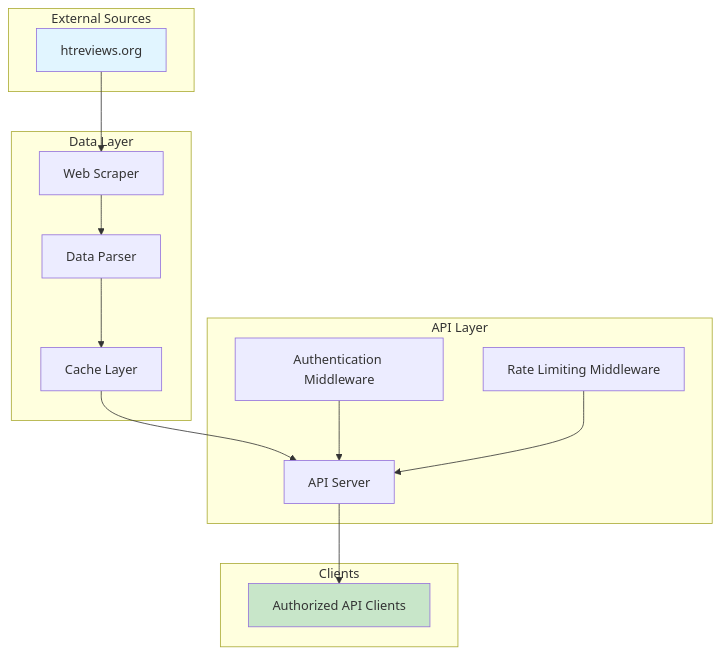
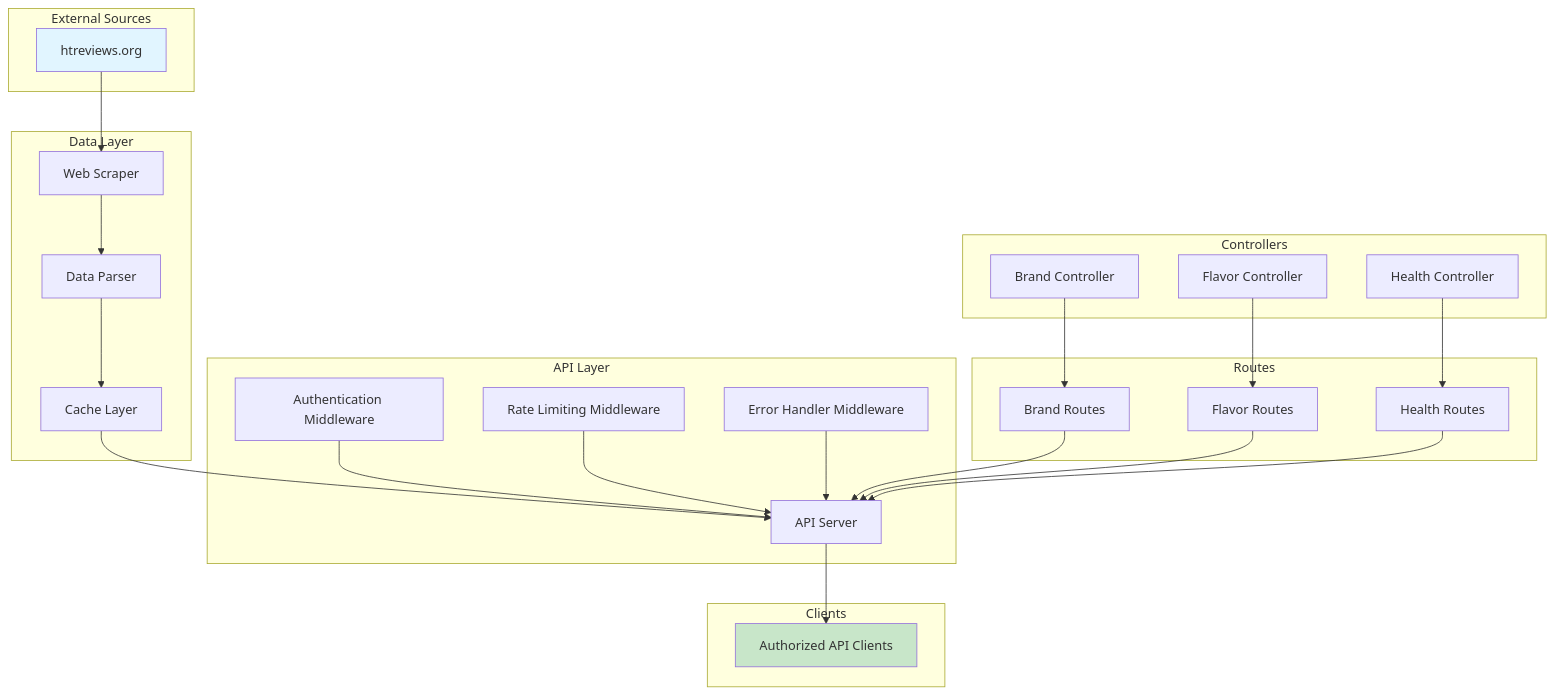
The first of 2 diagrams in .kilocode/rules/memory-bank/architecture.md (Zenderg/hookah-db), drawn with Mermaid before and after one commit. The commit also changed other lines of this file and 26 other files, not shown here.

````diff
--- a/.kilocode/rules/memory-bank/architecture.md
+++ b/.kilocode/rules/memory-bank/architecture.md
@@ -7,33 +7,53 @@
 ```mermaid
 graph TB
     subgraph "External Sources"
         A[htreviews.org]
     end
     
     subgraph "Data Layer"
         B[Web Scraper]
         C[Data Parser]
         D[Cache Layer]
     end
     
     subgraph "API Layer"
         E[API Server]
         F[Authentication Middleware]
         G[Rate Limiting Middleware]
+        H[Error Handler Middleware]
+    end
+    
+    subgraph "Controllers"
+        I[Brand Controller]
+        J[Flavor Controller]
+        K[Health Controller]
+    end
+    
+    subgraph "Routes"
+        L[Brand Routes]
+        M[Flavor Routes]
+        N[Health Routes]
     end
     
     subgraph "Clients"
-        H[Authorized API Clients]
+        O[Authorized API Clients]
     end
     
     A --> B
     B --> C
     C --> D
     D --> E
     F --> E
     G --> E
-    E --> H
+    H --> E
+    I --> L
+    J --> M
+    K --> N
+    L --> E
+    M --> E
+    N --> E
+    E --> O
     
     style A fill:#e1f5ff
-    style H fill:#c8e6c9
+    style O fill:#c8e6c9
 ```
````
